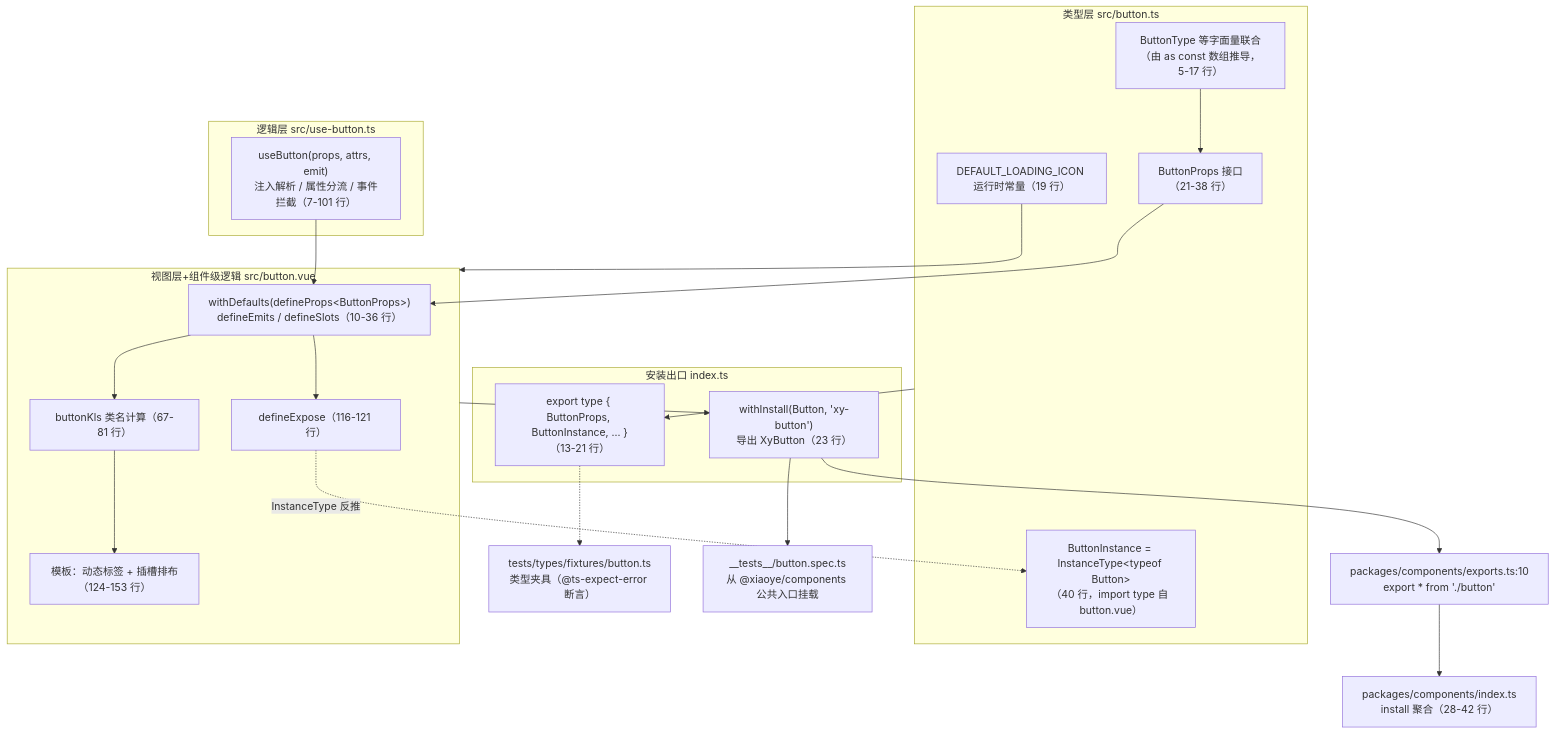
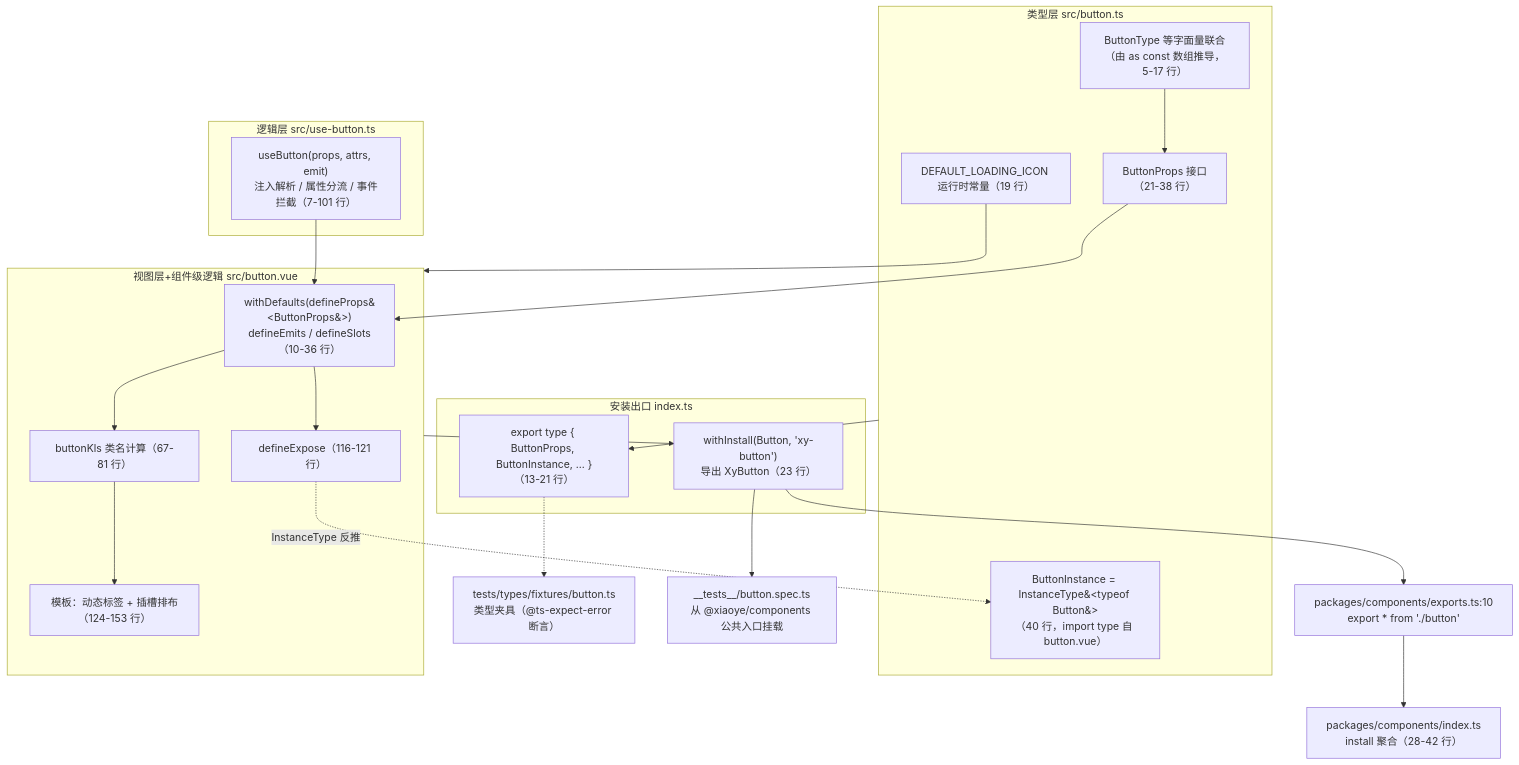
The first of 2 diagrams in docs/14-组件库专栏/4-组件通用架构/4-03-标准组件解剖-类型层-视图层-逻辑层三件套.md (zhangzhengyang27/tech-codex), drawn with Mermaid before and after one commit. The commit also changed 195 other files, not shown here.

````diff
--- a/docs/14-组件库专栏/4-组件通用架构/4-03-标准组件解剖-类型层-视图层-逻辑层三件套.md
+++ b/docs/14-组件库专栏/4-组件通用架构/4-03-标准组件解剖-类型层-视图层-逻辑层三件套.md
@@ -45,43 +45,43 @@
 ```mermaid
 flowchart TB
     subgraph TL["类型层 src/button.ts"]
         PROPS["ButtonProps 接口<br/>（21-38 行）"]
         TYPES["ButtonType 等字面量联合<br/>（由 as const 数组推导，5-17 行）"]
-        INST["ButtonInstance = InstanceType&lt;typeof Button&gt;<br/>（40 行，import type 自 button.vue）"]
+        INST["ButtonInstance = InstanceType&#60;typeof Button&#62;<br/>（40 行，import type 自 button.vue）"]
         CONST["DEFAULT_LOADING_ICON 运行时常量（19 行）"]
     end
 
     subgraph VL["视图层+组件级逻辑 src/button.vue"]
-        MACRO["withDefaults(defineProps&lt;ButtonProps&gt;)<br/>defineEmits / defineSlots（10-36 行）"]
+        MACRO["withDefaults(defineProps&#60;ButtonProps&#62;)<br/>defineEmits / defineSlots（10-36 行）"]
         KLS["buttonKls 类名计算（67-81 行）"]
         TMPL["模板：动态标签 + 插槽排布（124-153 行）"]
         EXPOSE["defineExpose（116-121 行）"]
     end
 
     subgraph LL["逻辑层 src/use-button.ts"]
         USE["useButton(props, attrs, emit)<br/>注入解析 / 属性分流 / 事件拦截（7-101 行）"]
     end
 
     subgraph OUT["安装出口 index.ts"]
         WI["withInstall(Button, 'xy-button')<br/>导出 XyButton（23 行）"]
         EXP["export type { ButtonProps, ButtonInstance, ... }<br/>（13-21 行）"]
     end
 
     AGG["packages/components/exports.ts:10<br/>export * from './button'"]
     ROOT["packages/components/index.ts<br/>install 聚合（28-42 行）"]
     FIX["tests/types/fixtures/button.ts<br/>类型夹具（@ts-expect-error 断言）"]
     SPEC["__tests__/button.spec.ts<br/>从 @xiaoye/components 公共入口挂载"]
 
     PROPS --> MACRO
     TYPES --> PROPS
     USE --> MACRO
     MACRO --> KLS --> TMPL
     MACRO --> EXPOSE
     EXPOSE -. "InstanceType 反推" .-> INST
     VL --> WI
     TL --> EXP
     WI --> AGG --> ROOT
     EXP -.-> FIX
     WI --> SPEC
     CONST --> VL
 ```
````
